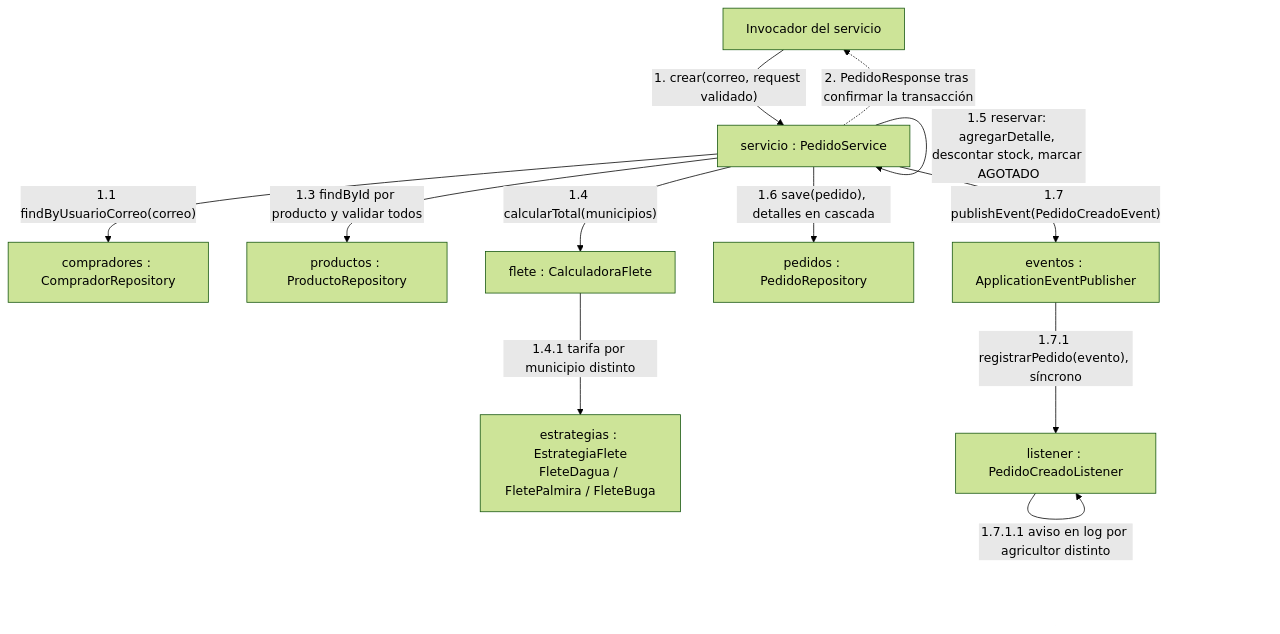
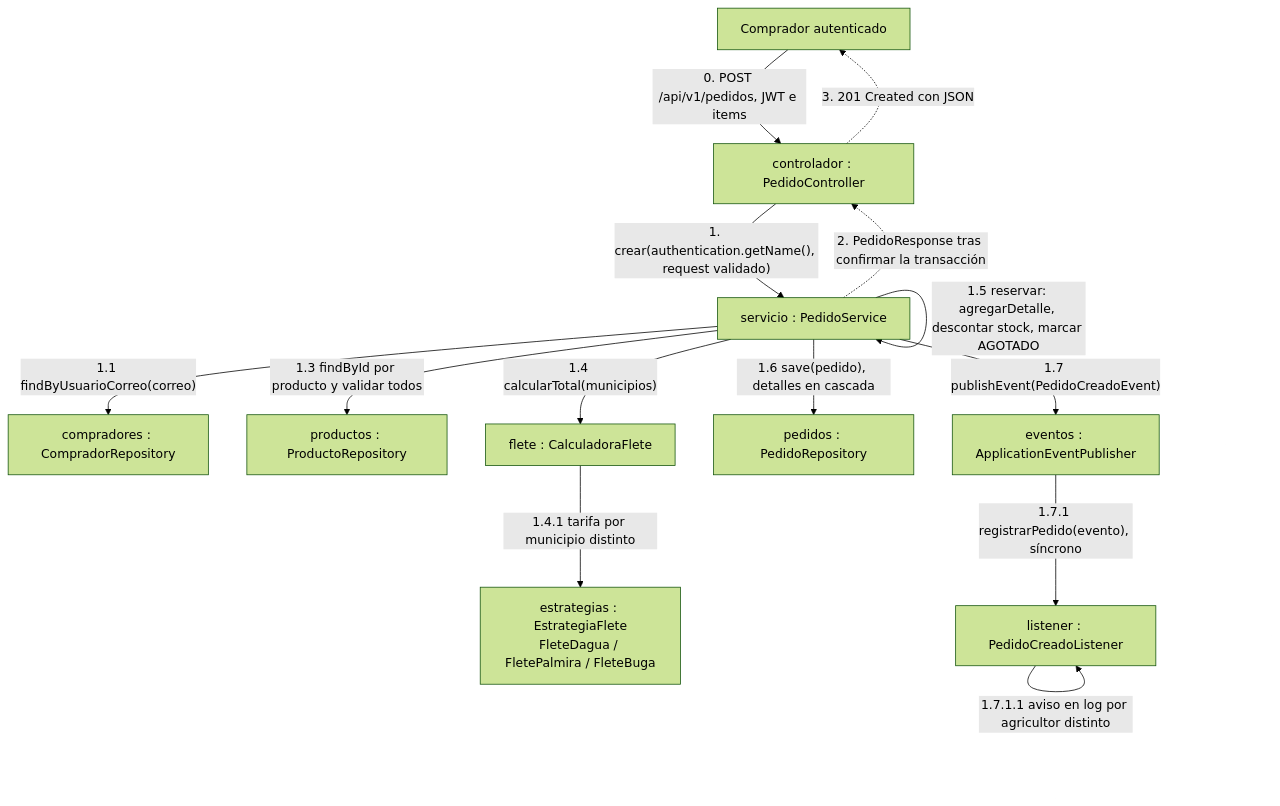
The fifth of 7 diagrams in docs/architecture/diagramas-uml.md (Angel-uniajc/AgrovalleConnect), drawn with Mermaid (forest theme) before and after one commit. The commit also changed other lines of this file and 1 other file, not shown here.

Commit message:
docs(T08-HU12): incorporar el flujo HTTP fusionado y sus errores

````diff
--- a/docs/architecture/diagramas-uml.md
+++ b/docs/architecture/diagramas-uml.md
@@ -166,24 +166,27 @@
 ```mermaid
 flowchart TB
-    E["Invocador del servicio"]
+    B["Comprador autenticado"]
+    E["controlador : PedidoController"]
     S["servicio : PedidoService"]
     C["compradores : CompradorRepository"]
     R["productos : ProductoRepository"]
     F["flete : CalculadoraFlete"]
     EF["estrategias : EstrategiaFlete<br/>FleteDagua / FletePalmira / FleteBuga"]
     P["pedidos : PedidoRepository"]
     EV["eventos : ApplicationEventPublisher"]
     L["listener : PedidoCreadoListener"]
-    E -->|"1. crear(correo, request validado)"| S
+    B -->|"0. POST /api/v1/pedidos, JWT e items"| E
+    E -->|"1. crear(authentication.getName(), request validado)"| S
     S -->|"1.1 findByUsuarioCorreo(correo)"| C
     S -->|"1.2 agruparCantidades: sumar repetidos"| S
     S -->|"1.3 findById por producto y validar todos"| R
     S -->|"1.4 calcularTotal(municipios)"| F
     F -->|"1.4.1 tarifa por municipio distinto"| EF
     S -->|"1.5 reservar: agregarDetalle, descontar stock, marcar AGOTADO"| S
     S -->|"1.6 save(pedido), detalles en cascada"| P
     S -->|"1.7 publishEvent(PedidoCreadoEvent)"| EV
     EV -->|"1.7.1 registrarPedido(evento), síncrono"| L
     L -->|"1.7.1.1 aviso en log por agricultor distinto"| L
     S -.->|"2. PedidoResponse tras confirmar la transacción"| E
+    E -.->|"3. 201 Created con JSON"| B
 ```
````
